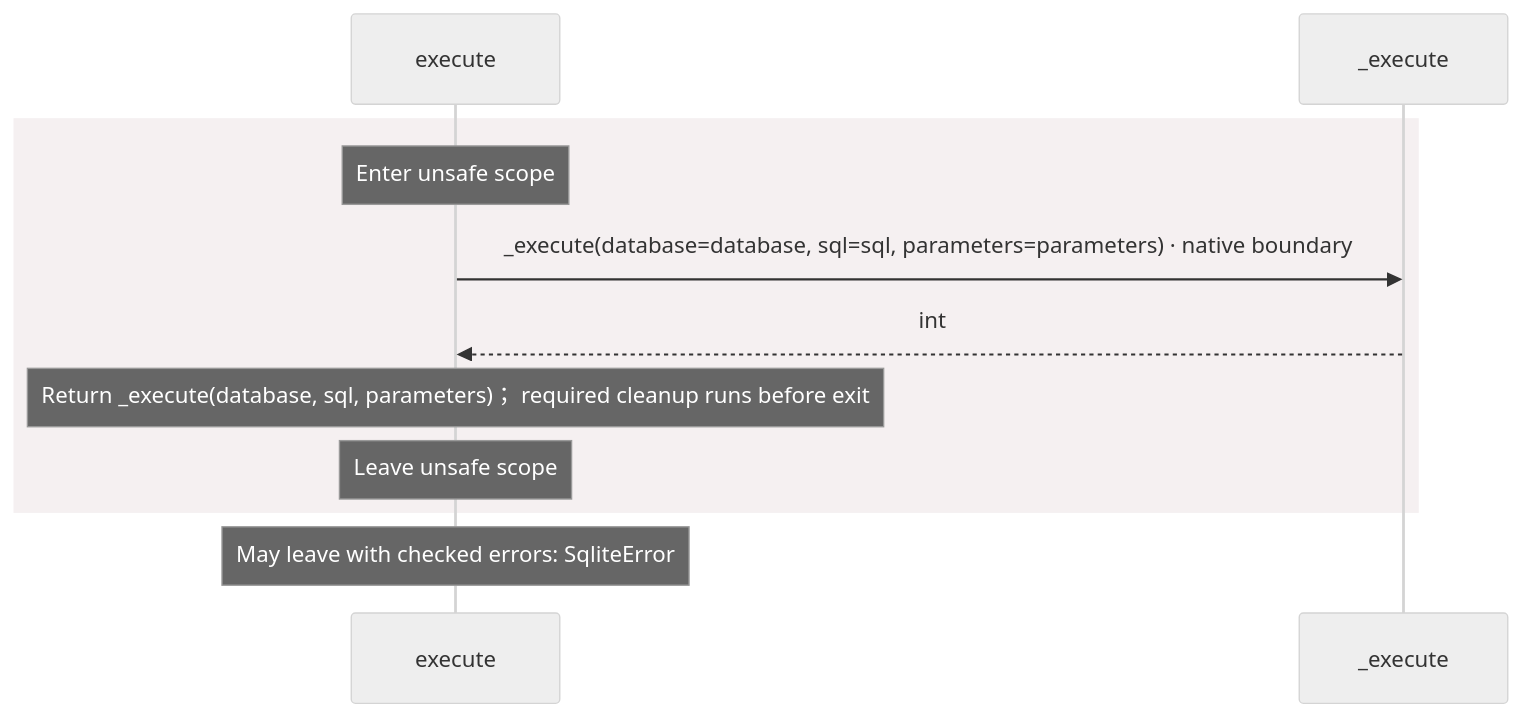
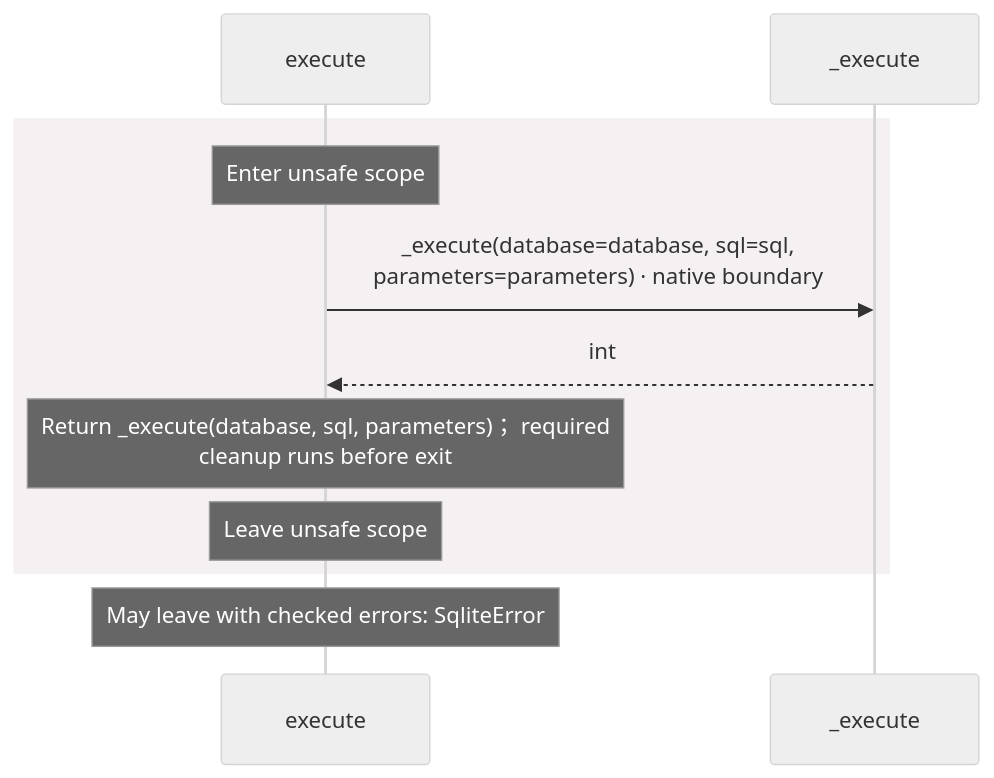
One commit to GreenPandaStudios/augscript changed the sixth of 7 diagrams in docs/examples/native-sqlite/dependencies/packages/@greenpandastudios/aug-sqlite/0.1.5/api-diagrams.md. Above: the diagram before and after it, drawn with Mermaid (neutral theme). The commit also changed other lines of this file and 200 other files, not shown here.

Commit message:
Group imported operations and wrap readable sequence messages

````diff
--- a/docs/examples/native-sqlite/dependencies/packages/@greenpandastudios/aug-sqlite/0.1.5/api-diagrams.md
+++ b/docs/examples/native-sqlite/dependencies/packages/@greenpandastudios/aug-sqlite/0.1.5/api-diagrams.md
@@ -151,13 +151,13 @@
 ```mermaid
 sequenceDiagram
     participant p0 as execute
     participant p1 as _execute
     rect rgb(245, 240, 241)
     Note over p0: Enter unsafe scope
-    p0->>p1: _execute(database=database, sql=sql, parameters=parameters) · native boundary
+    p0->>p1: _execute(database=database, sql=sql,<br/>parameters=parameters) · native boundary
     p1-->>p0: int
-    Note over p0: Return _execute(database, sql, parameters)； required cleanup runs before exit
+    Note over p0: Return _execute(database, sql, parameters)； required<br/>cleanup runs before exit
     Note over p0: Leave unsafe scope
     end
     Note over p0: May leave with checked errors: SqliteError
 ```
````
